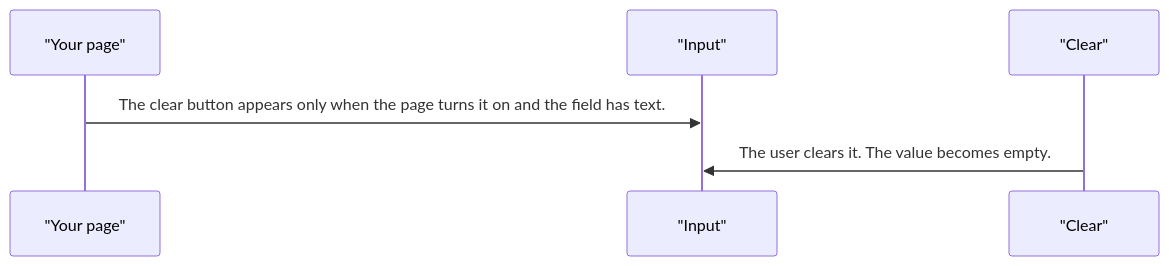
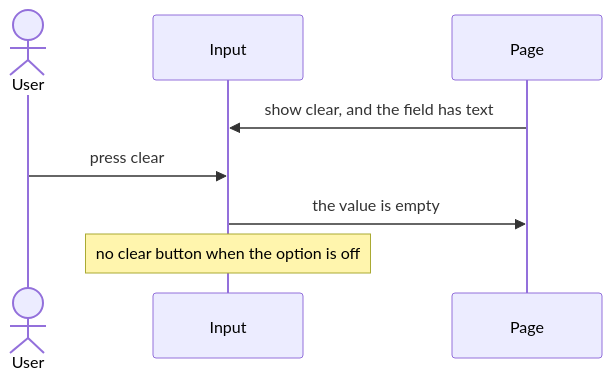
Before and after one commit to RajshekharBorate/pixel-ui: the fourth of 5 diagrams in projects/pixel-ui/src/lib/pixel-input/DESIGN.md, drawn with Mermaid. The commit also changed other lines of this file and 73 other files, not shown here.

Commit message:
Explain who owns each value and what each flow does in every component and service design.

````diff
--- a/projects/pixel-ui/src/lib/pixel-input/DESIGN.md
+++ b/projects/pixel-ui/src/lib/pixel-input/DESIGN.md
@@ -85,8 +106,10 @@
 ```mermaid
 sequenceDiagram
-  participant page as "Your page"
-  participant input as "Input"
-  participant clear as "Clear"
-  page->>input: The clear button appears only when the page turns it on and the field has text.
-  clear->>input: The user clears it. The value becomes empty.
+  actor User
+  participant Input
+  participant Page
+  Page->>Input: show clear, and the field has text
+  User->>Input: press clear
+  Input->>Page: the value is empty
+  Note over Input: no clear button when the option is off
 ```
````
